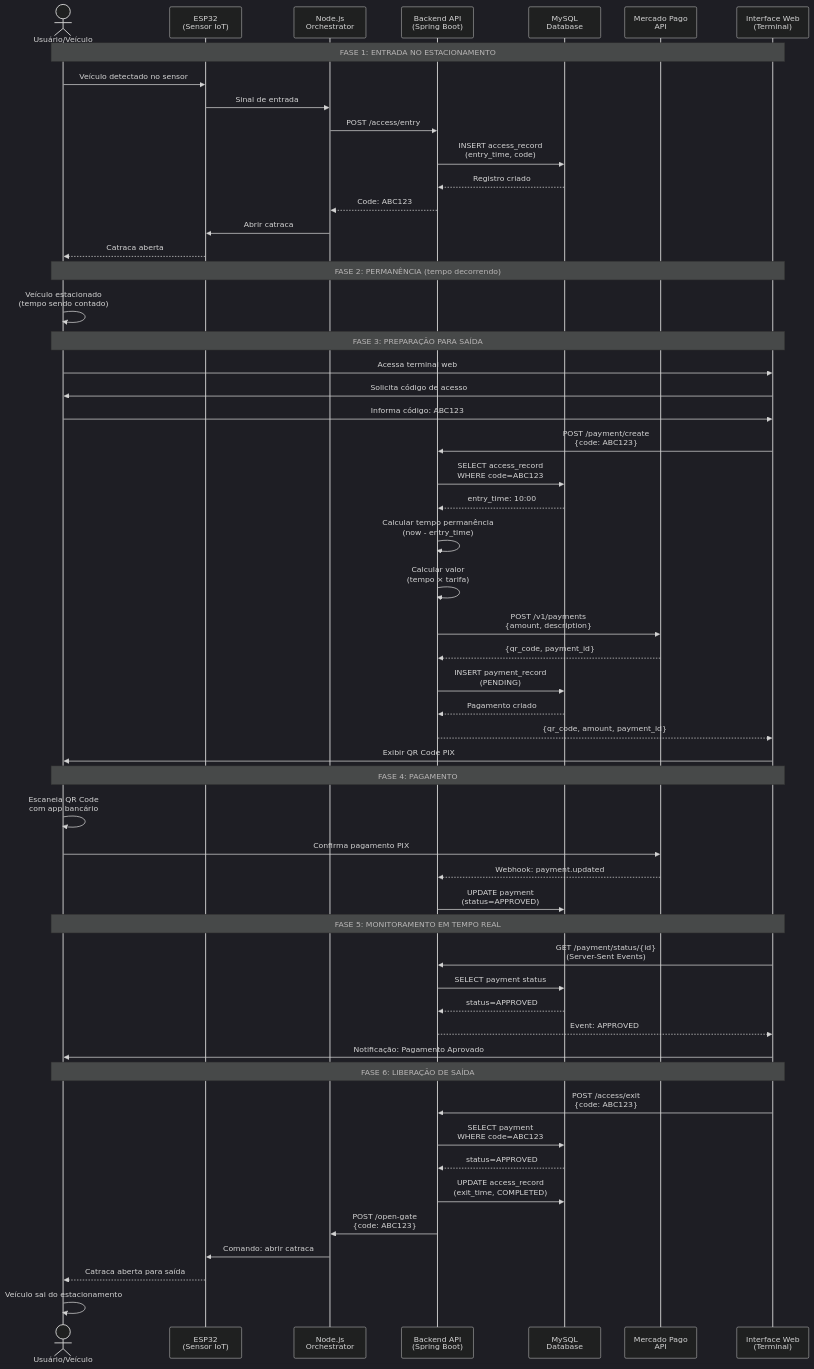
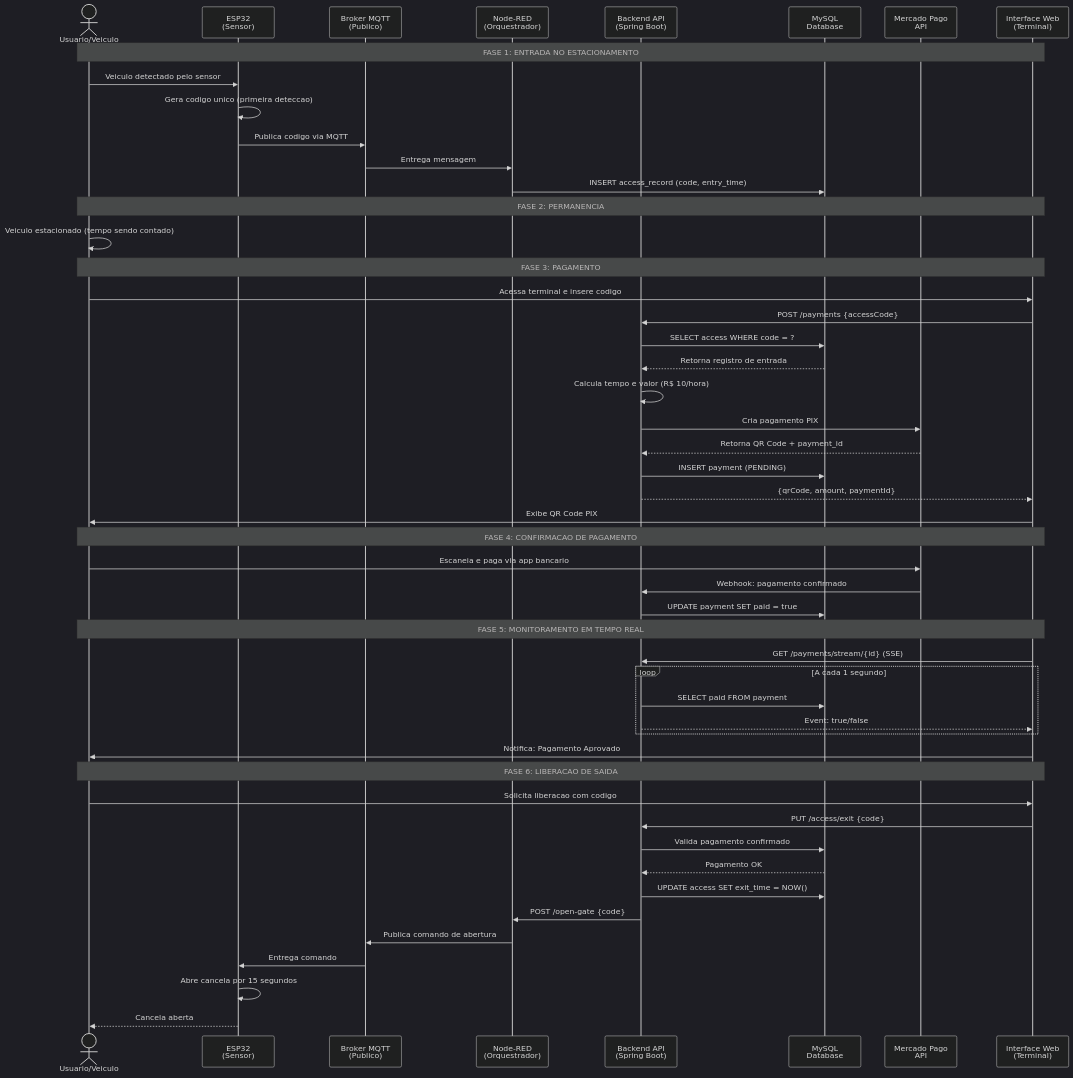
The first of 2 diagrams in README.md (Luca5Eckert/Libera.ai), drawn with Mermaid (dark theme) before and after one commit. The commit also changed other lines of this file and 2 other files, not shown here.

Commit message:
Update READMEs for academic presentation with improved flow and technical decisions

````diff
--- a/README.md
+++ b/README.md
@@ -167,62 +92,58 @@
 ```mermaid
 sequenceDiagram
-    actor User as Usuário/Veículo
-    participant ESP as ESP32<br/>(Sensor IoT)
-    participant Node as Node.js<br/>Orchestrator
+    actor User as Usuario/Veiculo
+    participant ESP as ESP32<br/>(Sensor)
+    participant MQTT as Broker MQTT<br/>(Publico)
+    participant NodeRED as Node-RED<br/>(Orquestrador)
     participant API as Backend API<br/>(Spring Boot)
     participant DB as MySQL<br/>Database
     participant MP as Mercado Pago<br/>API
     participant Web as Interface Web<br/>(Terminal)
 
     Note over User,Web: FASE 1: ENTRADA NO ESTACIONAMENTO
-    User->>ESP: Veículo detectado no sensor
-    ESP->>Node: Sinal de entrada
-    Node->>API: POST /access/entry
-    API->>DB: INSERT access_record<br/>(entry_time, code)
-    DB-->>API: Registro criado
-    API-->>Node: Code: ABC123
-    Node->>ESP: Abrir catraca
-    ESP-->>User: Catraca aberta
+    User->>ESP: Veiculo detectado pelo sensor
+    ESP->>ESP: Gera codigo unico (primeira deteccao)
+    ESP->>MQTT: Publica codigo via MQTT
+    MQTT->>NodeRED: Entrega mensagem
+    NodeRED->>DB: INSERT access_record (code, entry_time)
     
-    Note over User,Web: FASE 2: PERMANÊNCIA (tempo decorrendo)
-    User->>User: Veículo estacionado<br/>(tempo sendo contado)
+    Note over User,Web: FASE 2: PERMANENCIA
+    User->>User: Veiculo estacionado (tempo sendo contado)
     
-    Note over User,Web: FASE 3: PREPARAÇÃO PARA SAÍDA
-    User->>Web: Acessa terminal web
-    Web->>User: Solicita código de acesso
-    User->>Web: Informa código: ABC123
-    Web->>API: POST /payment/create<br/>{code: ABC123}
-    API->>DB: SELECT access_record<br/>WHERE code=ABC123
-    DB-->>API: entry_time: 10:00
-    API->>API: Calcular tempo permanência<br/>(now - entry_time)
-    API->>API: Calcular valor<br/>(tempo × tarifa)
-    API->>MP: POST /v1/payments<br/>{amount, description}
-    MP-->>API: {qr_code, payment_id}
-    API->>DB: INSERT payment_record<br/>(PENDING)
-    DB-->>API: Pagamento criado
-    API-->>Web: {qr_code, amount, payment_id}
-    Web->>User: Exibir QR Code PIX
-    
-    Note over User,Web: FASE 4: PAGAMENTO
-    User->>User: Escaneia QR Code<br/>com app bancário
-    User->>MP: Confirma pagamento PIX
-    MP-->>API: Webhook: payment.updated
-    API->>DB: UPDATE payment<br/>(status=APPROVED)
+    Note over User,Web: FASE 3: PAGAMENTO
+    User->>Web: Acessa terminal e insere codigo
+    Web->>API: POST /payments {accessCode}
+    API->>DB: SELECT access WHERE code = ?
+    DB-->>API: Retorna registro de entrada
+    API->>API: Calcula tempo e valor (R$ 10/hora)
+    API->>MP: Cria pagamento PIX
+    MP-->>API: Retorna QR Code + payment_id
+    API->>DB: INSERT payment (PENDING)
+    API-->>Web: {qrCode, amount, paymentId}
+    Web->>User: Exibe QR Code PIX
+
+    Note over User,Web: FASE 4: CONFIRMACAO DE PAGAMENTO
+    User->>MP: Escaneia e paga via app bancario
+    MP->>API: Webhook: pagamento confirmado
+    API->>DB: UPDATE payment SET paid = true
     
     Note over User,Web: FASE 5: MONITORAMENTO EM TEMPO REAL
-    Web->>API: GET /payment/status/{id}<br/>(Server-Sent Events)
-    API->>DB: SELECT payment status
-    DB-->>API: status=APPROVED
-    API-->>Web: Event: APPROVED
-    Web->>User: Notificação: Pagamento Aprovado
-    
-    Note over User,Web: FASE 6: LIBERAÇÃO DE SAÍDA
-    Web->>API: POST /access/exit<br/>{code: ABC123}
-    API->>DB: SELECT payment<br/>WHERE code=ABC123
-    DB-->>API: status=APPROVED
-    API->>DB: UPDATE access_record<br/>(exit_time, COMPLETED)
-    API->>Node: POST /open-gate<br/>{code: ABC123}
-    Node->>ESP: Comando: abrir catraca
-    ESP-->>User: Catraca aberta para saída
-    User->>User: Veículo sai do estacionamento
+    Web->>API: GET /payments/stream/{id} (SSE)
+    loop A cada 1 segundo
+        API->>DB: SELECT paid FROM payment
+        API-->>Web: Event: true/false
+    end
+    Web->>User: Notifica: Pagamento Aprovado
+
+    Note over User,Web: FASE 6: LIBERACAO DE SAIDA
+    User->>Web: Solicita liberacao com codigo
+    Web->>API: PUT /access/exit {code}
+    API->>DB: Valida pagamento confirmado
+    DB-->>API: Pagamento OK
+    API->>DB: UPDATE access SET exit_time = NOW()
+    API->>NodeRED: POST /open-gate {code}
+    NodeRED->>MQTT: Publica comando de abertura
+    MQTT->>ESP: Entrega comando
+    ESP->>ESP: Abre cancela por 15 segundos
+    ESP-->>User: Cancela aberta
 ```
````
